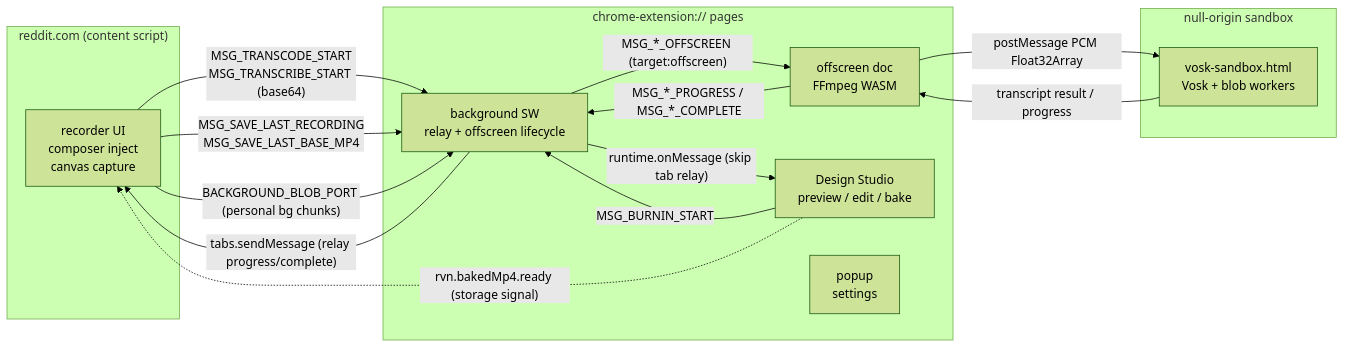
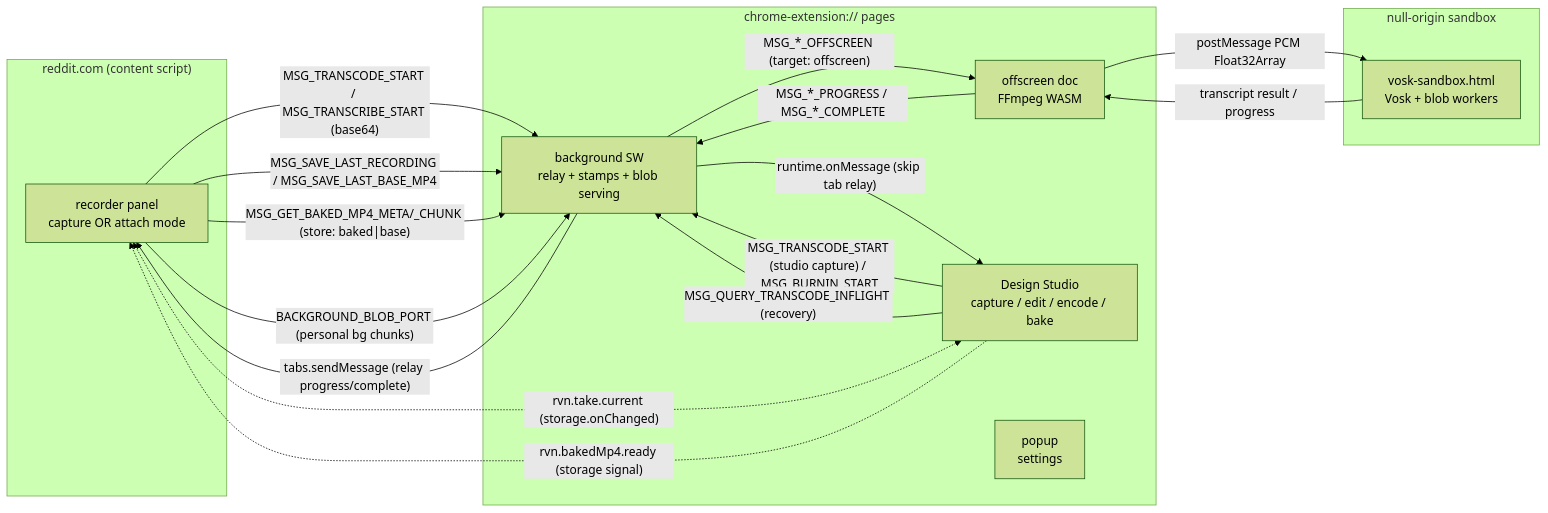
One commit to bra-khet/reddit-voice-notes-chrome changed the first of 5 diagrams in docs/architecture/architecture-map.md. Above: the diagram before and after it, drawn with Mermaid (forest theme). The commit also changed other lines of this file and 8 other files, not shown here.

First line of the commit message:
Sprint: architecture-hardening v2.0 refresh — map, seams, backlog, ADR-0002/0003

````diff
--- a/docs/architecture/architecture-map.md
+++ b/docs/architecture/architecture-map.md
@@ -40,27 +42,30 @@
 ```mermaid
 flowchart LR
   subgraph reddit["reddit.com (content script)"]
-    CS[recorder UI<br/>composer inject<br/>canvas capture]
+    CS["recorder panel<br/>capture OR attach mode"]
   end
   subgraph ext["chrome-extension:// pages"]
-    BG[background SW<br/>relay + offscreen lifecycle]
-    OFF[offscreen doc<br/>FFmpeg WASM]
-    DS[Design Studio<br/>preview / edit / bake]
-    POP[popup<br/>settings]
+    BG["background SW<br/>relay + stamps + blob serving"]
+    OFF["offscreen doc<br/>FFmpeg WASM"]
+    DS["Design Studio<br/>capture / edit / encode / bake"]
+    POP["popup<br/>settings"]
   end
   subgraph sbx["null-origin sandbox"]
-    VOSK[vosk-sandbox.html<br/>Vosk + blob workers]
+    VOSK["vosk-sandbox.html<br/>Vosk + blob workers"]
   end
 
-  CS -- "MSG_TRANSCODE_START<br/>MSG_TRANSCRIBE_START (base64)" --> BG
-  CS -- "MSG_SAVE_LAST_RECORDING<br/>MSG_SAVE_LAST_BASE_MP4" --> BG
+  CS -- "MSG_TRANSCODE_START / MSG_TRANSCRIBE_START (base64)" --> BG
+  CS -- "MSG_SAVE_LAST_RECORDING / MSG_SAVE_LAST_BASE_MP4" --> BG
+  CS -- "MSG_GET_BAKED_MP4_META/_CHUNK (store: baked|base)" --> BG
   CS -- "BACKGROUND_BLOB_PORT (personal bg chunks)" --> BG
   BG -- "tabs.sendMessage (relay progress/complete)" --> CS
-  BG -- "MSG_*_OFFSCREEN (target:offscreen)" --> OFF
+  BG -- "MSG_*_OFFSCREEN (target: offscreen)" --> OFF
   OFF -- "MSG_*_PROGRESS / MSG_*_COMPLETE" --> BG
   OFF -- "postMessage PCM Float32Array" --> VOSK
   VOSK -- "transcript result / progress" --> OFF
-  DS -- "MSG_BURNIN_START" --> BG
+  DS -- "MSG_TRANSCODE_START (studio capture) / MSG_BURNIN_START" --> BG
+  DS -- "MSG_QUERY_TRANSCODE_INFLIGHT (recovery)" --> BG
   BG -- "runtime.onMessage (skip tab relay)" --> DS
+  DS <-. "rvn.take.current (storage.onChanged)" .-> CS
   DS -. "rvn.bakedMp4.ready (storage signal)" .-> CS
 ```
````
